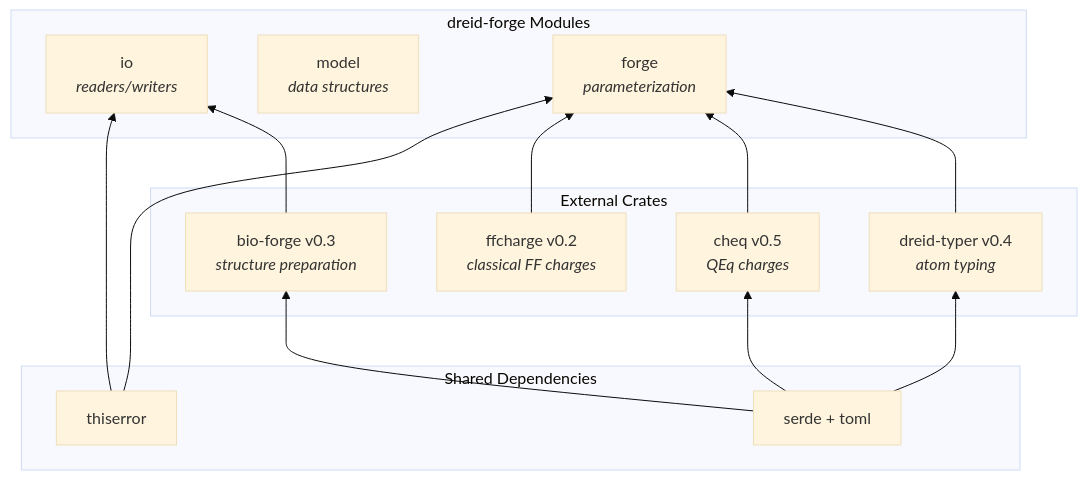
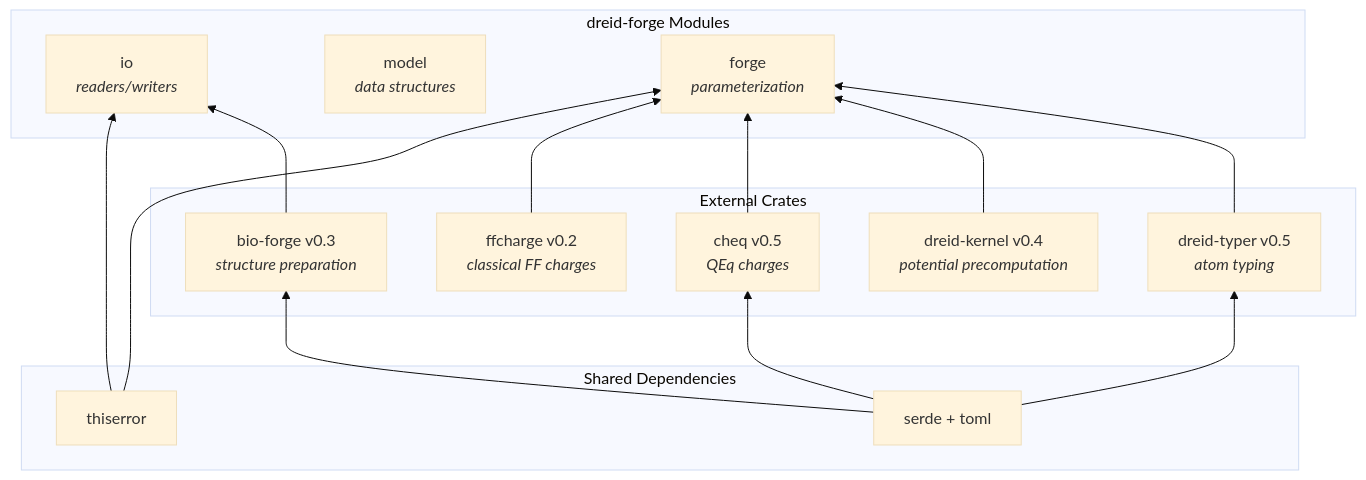
Diagram 18 of 18 in ARCHITECTURE.md (caltechmsc/dreid-forge), drawn with Mermaid (base theme) before and after one commit. The commit also changed other lines of this file, not shown here.

Commit message:
docs(architecture): Updates architecture docs to integrate dreid-kernel and rename terms

````diff
--- a/ARCHITECTURE.md
+++ b/ARCHITECTURE.md
@@ -1066,30 +1112,32 @@
 ```mermaid
 flowchart BT
     subgraph "External Crates"
         BF["bio-forge v0.3<br><i>structure preparation</i>"]
-        DT["dreid-typer v0.4<br><i>atom typing</i>"]
+        DT["dreid-typer v0.5<br><i>atom typing</i>"]
+        DK["dreid-kernel v0.4<br><i>potential precomputation</i>"]
         CQ["cheq v0.5<br><i>QEq charges</i>"]
         FF["ffcharge v0.2<br><i>classical FF charges</i>"]
     end
 
     subgraph "dreid-forge Modules"
         IO["io<br><i>readers/writers</i>"]
         MODEL["model<br><i>data structures</i>"]
         FORGE["forge<br><i>parameterization</i>"]
     end
 
     subgraph "Shared Dependencies"
         SERDE["serde + toml"]
         THISERROR["thiserror"]
     end
 
     BF --> IO
     DT --> FORGE
+    DK --> FORGE
     CQ --> FORGE
     FF --> FORGE
     SERDE --> BF
     SERDE --> DT
     SERDE --> CQ
     THISERROR --> IO
     THISERROR --> FORGE
 ```
````
